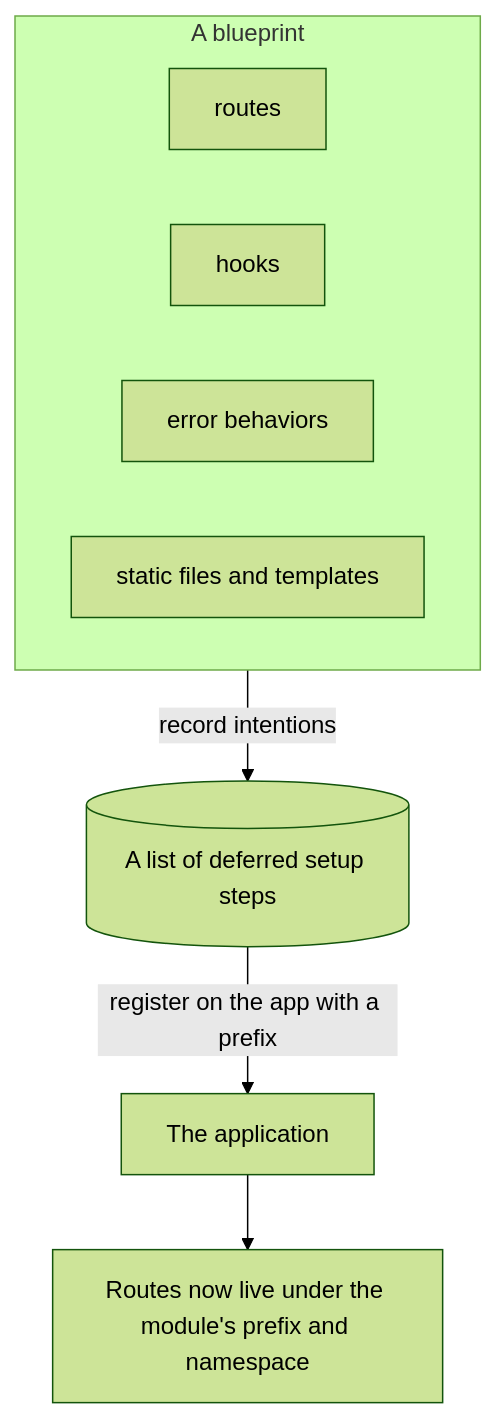
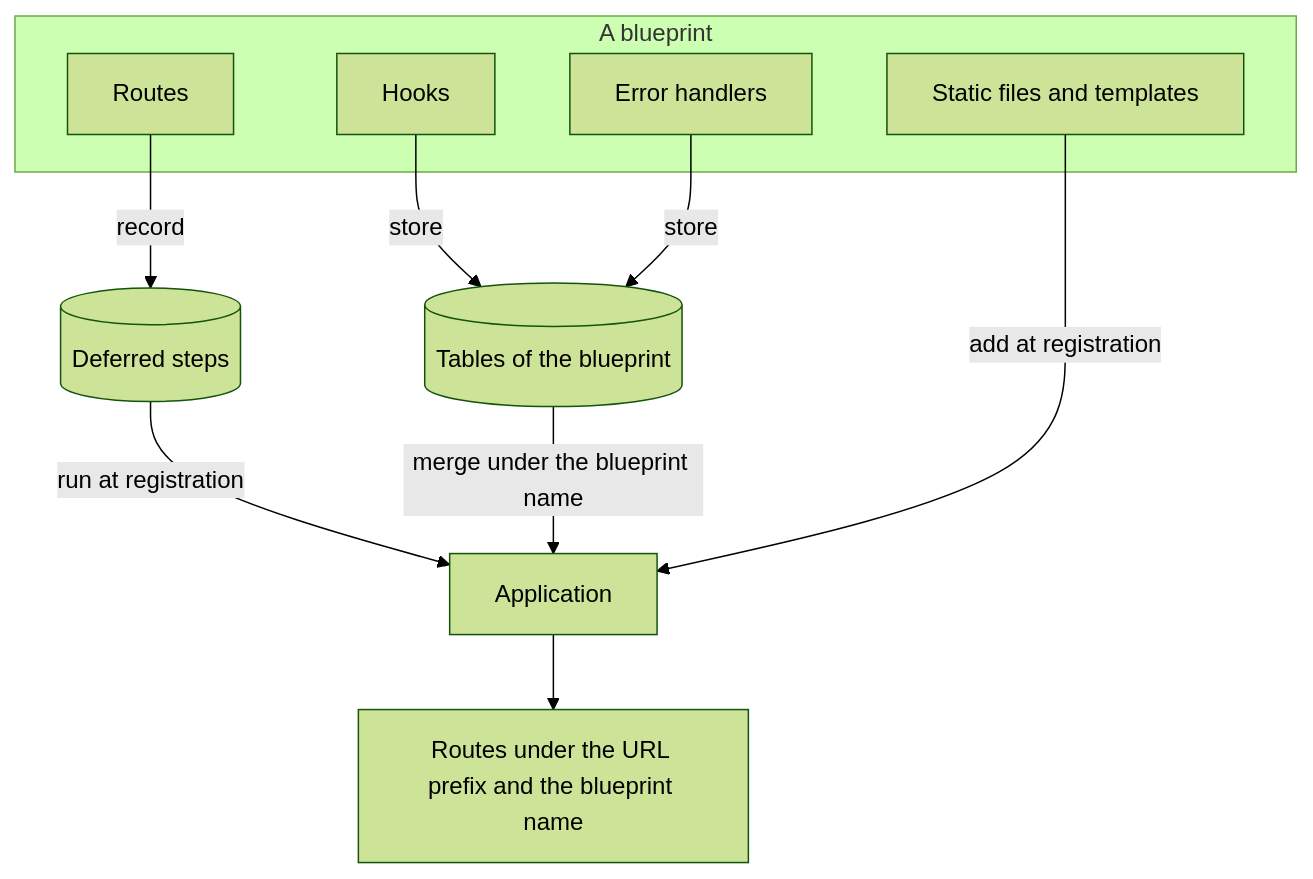
One commit to KeunwooPark/cluedoc changed the first of 3 diagrams in docs/examples/flask/.cluedoc/blueprints/README.md. Above: the diagram before and after it, drawn with Mermaid (forest theme). The commit also changed other lines of this file and 22 other files, not shown here.

````diff
--- a/docs/examples/flask/.cluedoc/blueprints/README.md
+++ b/docs/examples/flask/.cluedoc/blueprints/README.md
@@ -10,12 +11,16 @@
 ```mermaid
 flowchart TD
-    subgraph Module [A blueprint]
-        R1[routes]
-        R2[hooks]
-        R3[error behaviors]
-        R4[static files and templates]
+    subgraph BP ["A blueprint"]
+        R1["Routes"]
+        R2["Hooks"]
+        R3["Error handlers"]
+        R4["Static files and templates"]
     end
-    Module -->|record intentions| DEF[(A list of deferred setup steps)]
-    DEF -->|register on the app with a prefix| APP[The application]
-    APP --> LIVE[Routes now live under the module's prefix and namespace]
+    R1 -->|"record"| DEF[("Deferred steps")]
+    R2 -->|"store"| OWN[("Tables of the blueprint")]
+    R3 -->|"store"| OWN
+    DEF -->|"run at registration"| APP["Application"]
+    OWN -->|"merge under the blueprint name"| APP
+    R4 -->|"add at registration"| APP
+    APP --> LIVE["Routes under the URL prefix and the blueprint name"]
 ```
````
